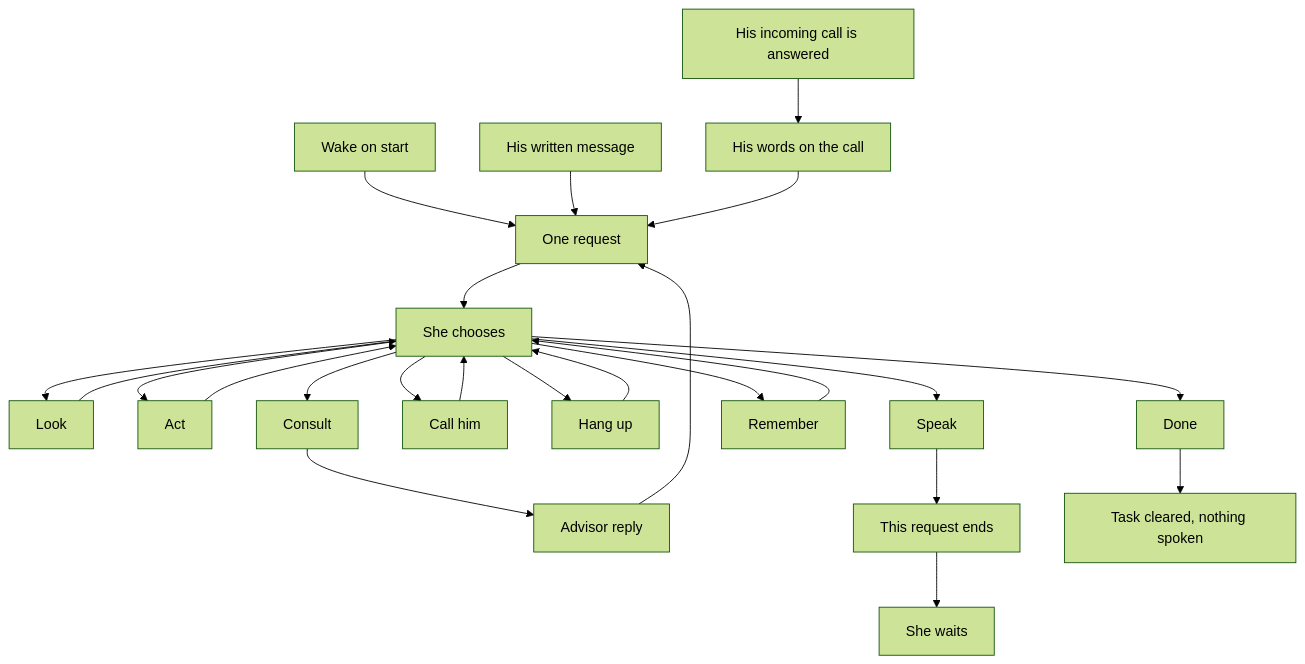
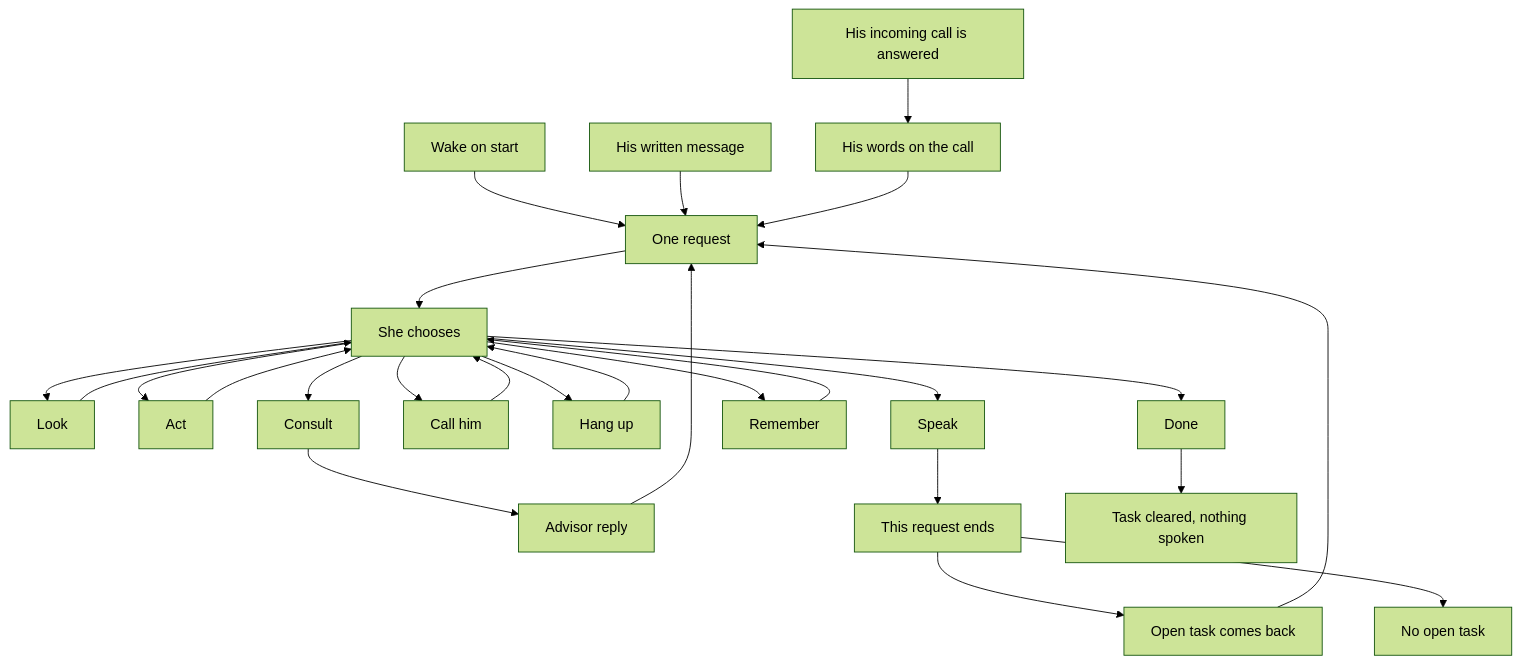
The first of 3 diagrams in README.md (wgabrys88/Trident), drawn with Mermaid (forest theme) before and after one commit. The commit also changed other lines of this file and 2 other files, not shown here.

First line of the commit message:
Make tick mode a startup flag and restore idle re-ask.

````diff
--- a/README.md
+++ b/README.md
@@ -9,26 +9,28 @@
 ```mermaid
 flowchart TD
   wake["Wake on start"] --> req["One request"]
   typed["His written message"] --> req
   heard["His words on the call"] --> req
   advice["Advisor reply"] --> req
   ring["His incoming call is answered"] --> heard
   req --> decide["She chooses"]
   decide --> look["Look"]
   decide --> act["Act"]
   decide --> speak["Speak"]
   decide --> phone["Call him"]
   decide --> hang["Hang up"]
   decide --> ask["Consult"]
   decide --> note["Remember"]
   decide --> finish["Done"]
   look --> decide
   act --> decide
   note --> decide
   phone --> decide
   ask --> advice
   speak --> ended["This request ends"]
   finish --> cleared["Task cleared, nothing spoken"]
   hang --> decide
-  ended --> quiet["She waits"]
+  ended --> idle["Open task comes back"]
+  idle --> req
+  ended --> quiet["No open task"]
 ```
````
